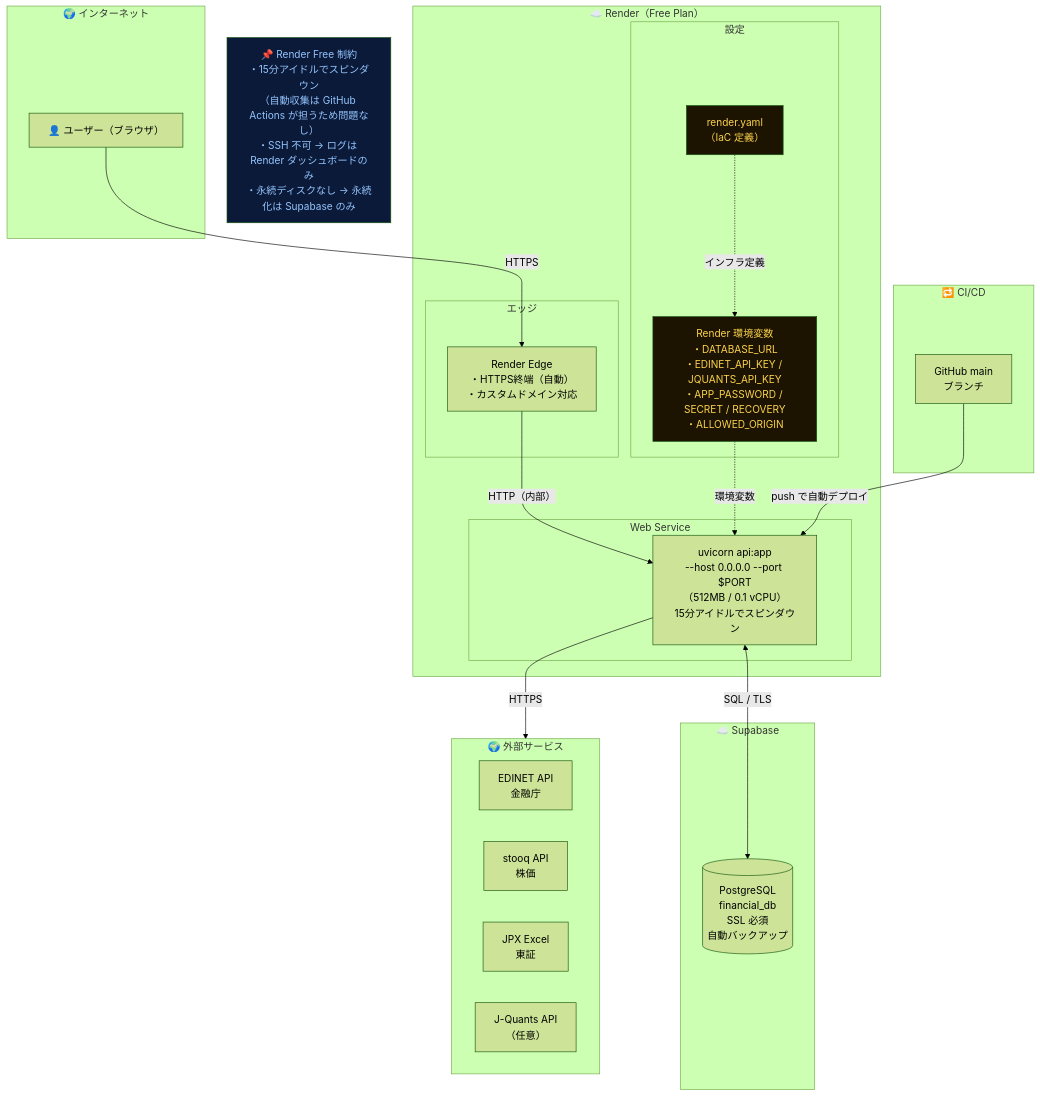
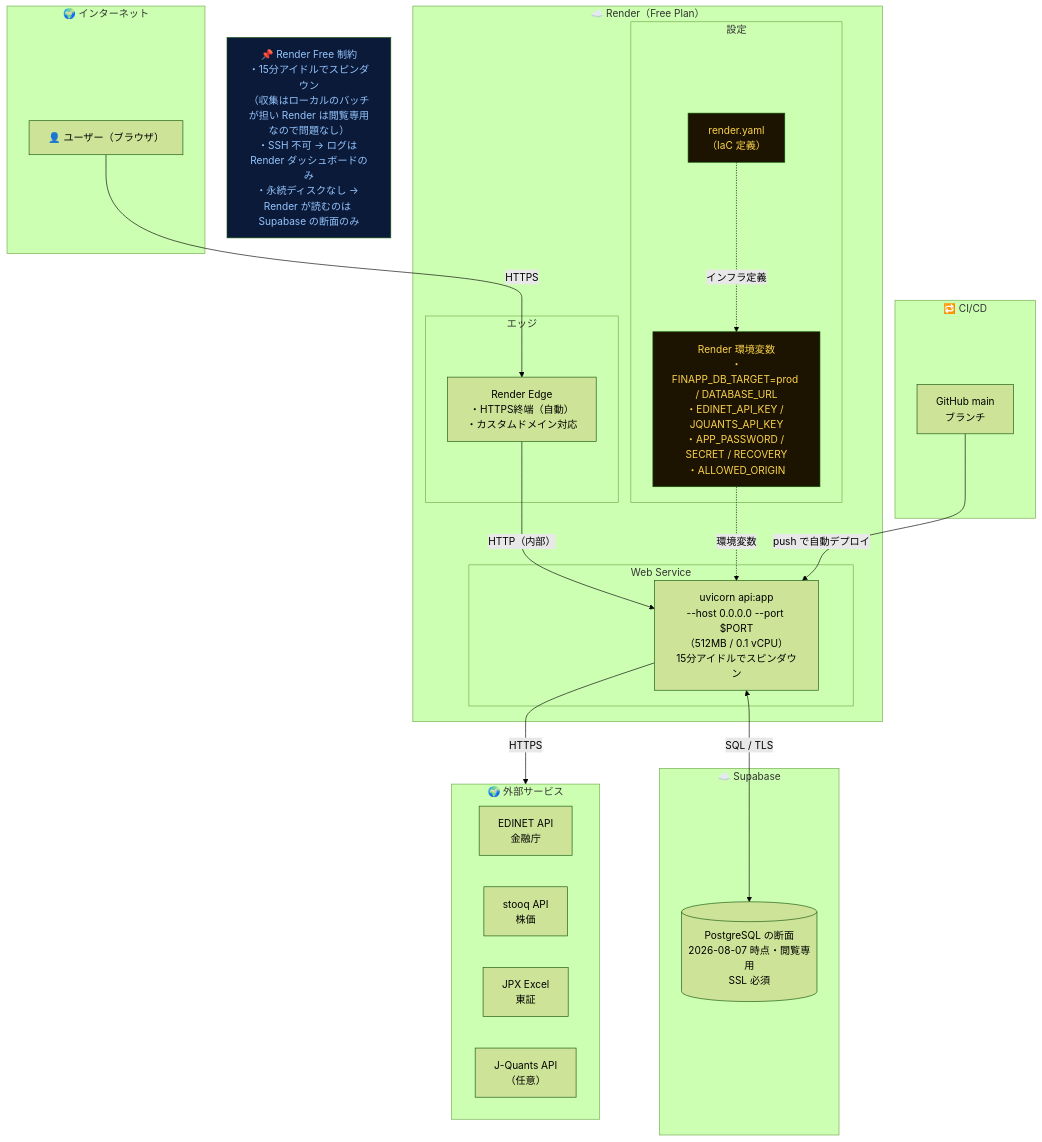
One commit to kome-kome/financial_app changed diagram 12 of 12 in docs/ARCHITECTURE.md. Above: the diagram before and after it, drawn with Mermaid (forest theme). The commit also changed other lines of this file and 10 other files, not shown here.

````diff
--- a/docs/ARCHITECTURE.md
+++ b/docs/ARCHITECTURE.md
@@ -1307,48 +1318,48 @@
 ```mermaid
 graph TB
     subgraph INTERNET["🌍 インターネット"]
         USER["👤 ユーザー（ブラウザ）"]
     end
 
     subgraph RENDER["☁️ Render（Free Plan）"]
         subgraph EDGE["エッジ"]
             EDGE_NODE["Render Edge\n・HTTPS終端（自動）\n・カスタムドメイン対応"]
         end
         subgraph APP["Web Service"]
             UV["uvicorn api:app\n--host 0.0.0.0 --port $PORT\n（512MB / 0.1 vCPU）\n15分アイドルでスピンダウン"]
         end
         subgraph CONFIG["設定"]
-            ENV["Render 環境変数\n・DATABASE_URL\n・EDINET_API_KEY / JQUANTS_API_KEY\n・APP_PASSWORD / SECRET / RECOVERY\n・ALLOWED_ORIGIN"]
+            ENV["Render 環境変数\n・FINAPP_DB_TARGET=prod / DATABASE_URL\n・EDINET_API_KEY / JQUANTS_API_KEY\n・APP_PASSWORD / SECRET / RECOVERY\n・ALLOWED_ORIGIN"]
             YAML["render.yaml\n（IaC 定義）"]
         end
     end
 
     subgraph SUPABASE["☁️ Supabase"]
-        PG[("PostgreSQL\nfinancial_db\nSSL 必須\n自動バックアップ")]
+        PG[("PostgreSQL の断面\n2026-08-07 時点・閲覧専用\nSSL 必須")]
     end
 
     subgraph EXT["🌍 外部サービス"]
         EDINET["EDINET API\n金融庁"]
         STOOQ["stooq API\n株価"]
         JPX["JPX Excel\n東証"]
         JQUANTS["J-Quants API\n（任意）"]
     end
 
     subgraph CICD["🔁 CI/CD"]
         GH["GitHub main\nブランチ"]
     end
 
     USER   -->|"HTTPS"| EDGE_NODE
     EDGE_NODE -->|"HTTP（内部）"| UV
     UV     <-->|"SQL / TLS"| PG
     UV     -->|"HTTPS"| EXT
     ENV    -.->|"環境変数"| UV
     YAML   -.->|"インフラ定義"| ENV
     GH     -->|"push で自動デプロイ"| UV
 
     style ENV fill:#1c1400,color:#fcd34d
     style YAML fill:#1c1400,color:#fcd34d
 
-    note1["📌 Render Free 制約\n・15分アイドルでスピンダウン\n（自動収集は GitHub Actions が担うため問題なし）\n・SSH 不可 → ログは Render ダッシュボードのみ\n・永続ディスクなし → 永続化は Supabase のみ"]
+    note1["📌 Render Free 制約\n・15分アイドルでスピンダウン\n（収集はローカルのバッチが担い Render は閲覧専用なので問題なし）\n・SSH 不可 → ログは Render ダッシュボードのみ\n・永続ディスクなし → Render が読むのは Supabase の断面のみ"]
     style note1 fill:#0c1a3a,color:#93c5fd
 ```
````
